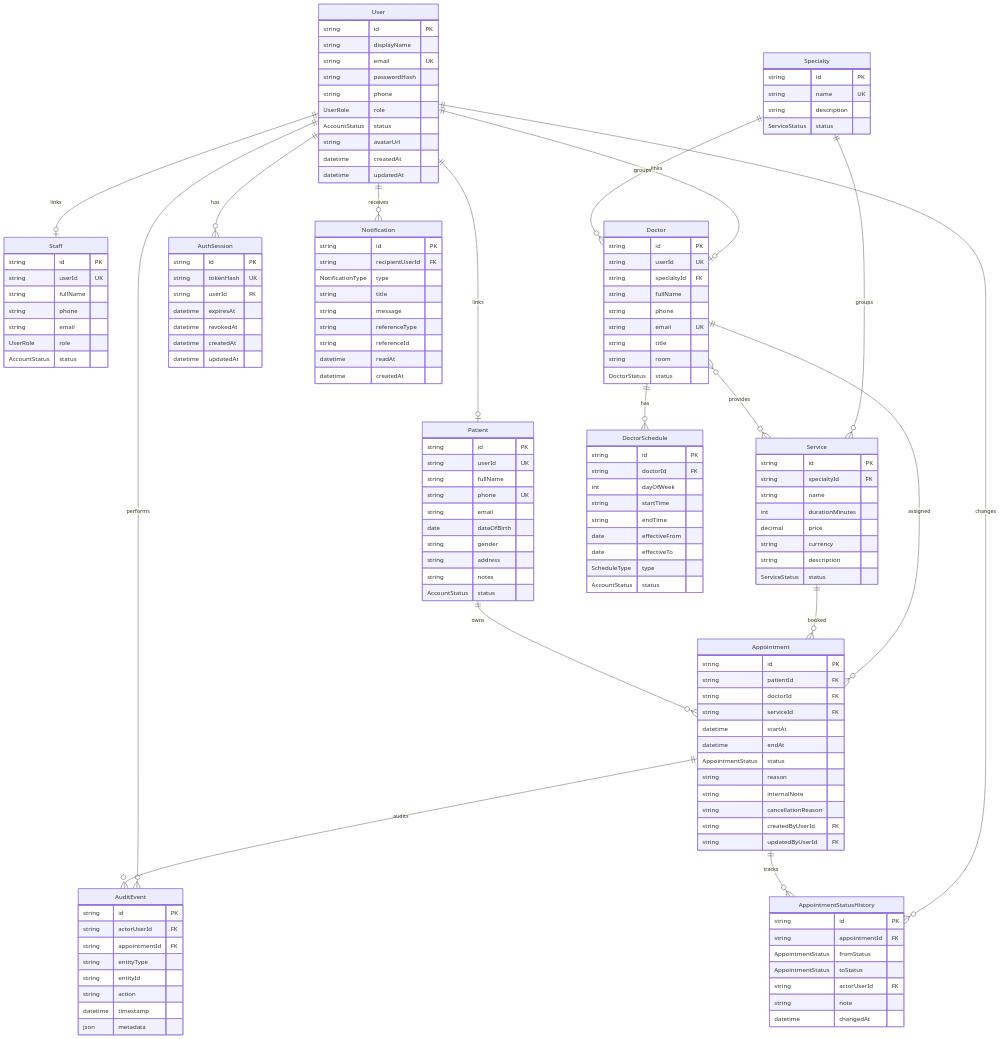
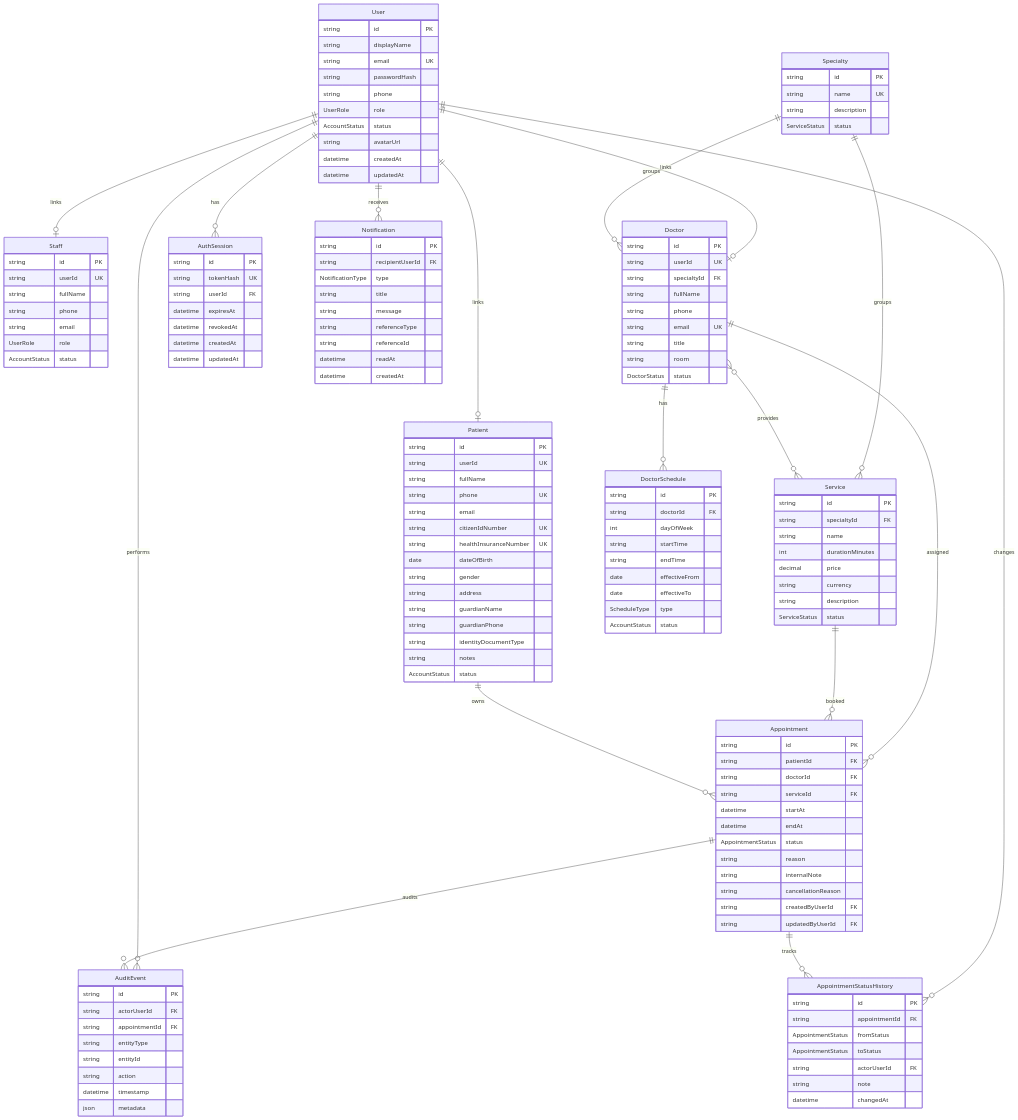
Before and after one commit to NTH2k4/clinic-ops: the diagram in docs/03-architecture/database-erd.md, drawn with Mermaid. The commit also changed 9 other files, not shown here.

```diff
--- a/docs/03-architecture/database-erd.md
+++ b/docs/03-architecture/database-erd.md
@@ -64,9 +64,14 @@
     string fullName
     string phone UK
     string email
+    string citizenIdNumber UK
+    string healthInsuranceNumber UK
     date dateOfBirth
     string gender
     string address
+    string guardianName
+    string guardianPhone
+    string identityDocumentType
     string notes
     AccountStatus status
   }
```
